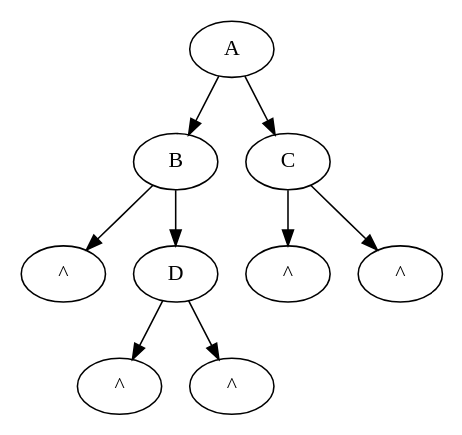
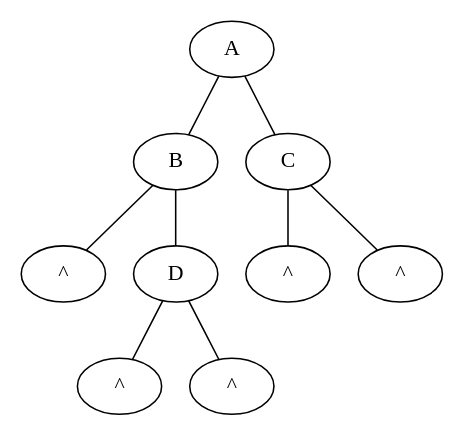
The sixth of 11 diagrams in org/CS/TreeAndGraph.org (chrischen3121/notes), drawn with Graphviz before and after one commit. The commit also changed other lines of this file and 17 other files, not shown here.

```diff
--- a/org/CS/TreeAndGraph.org
+++ b/org/CS/TreeAndGraph.org
@@ -246,19 +246,19 @@
 #+BEGIN_SRC dot :file ../resources/TreeAndGraph/TreeNullNode1.png :cmdline -Kdot -Tpng		
-  digraph nullnodetree{
+  graph nullnodetree{
     size="3,3";
     graph [ordering="out"];
     null1 [label = "^"];
     null2 [label = "^"];
     null3 [label = "^"];
     null4 [label = "^"];
     null5 [label = "^"];
-    "A" -> "B";
-    "B" -> null1;
-    "B" -> "D";
-    "D" -> null2;
-    "D" -> null3;
-    "A" -> "C";
-    "C" -> null4;
-    "C" -> null5;
+    "A" -- "B";
+    "B" -- null1;
+    "B" -- "D";
+    "D" -- null2;
+    "D" -- null3;
+    "A" -- "C";
+    "C" -- null4;
+    "C" -- null5;
   }
 #+END_SRC
```
